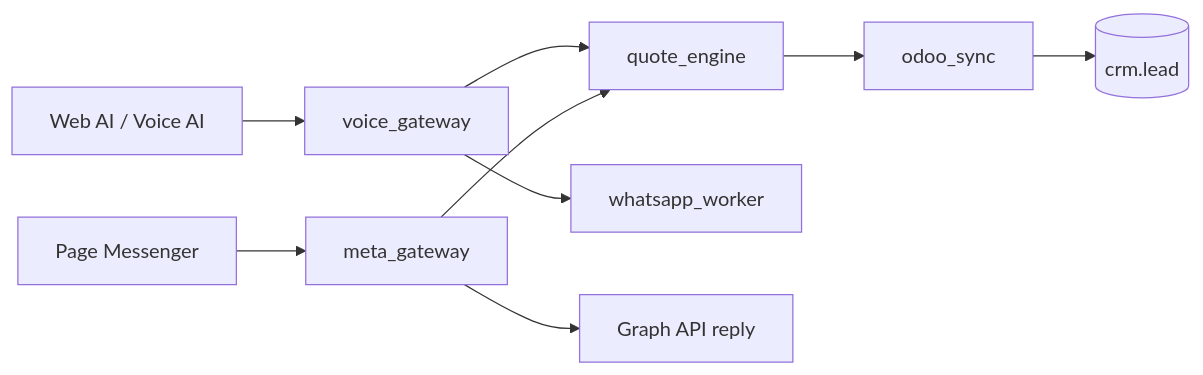
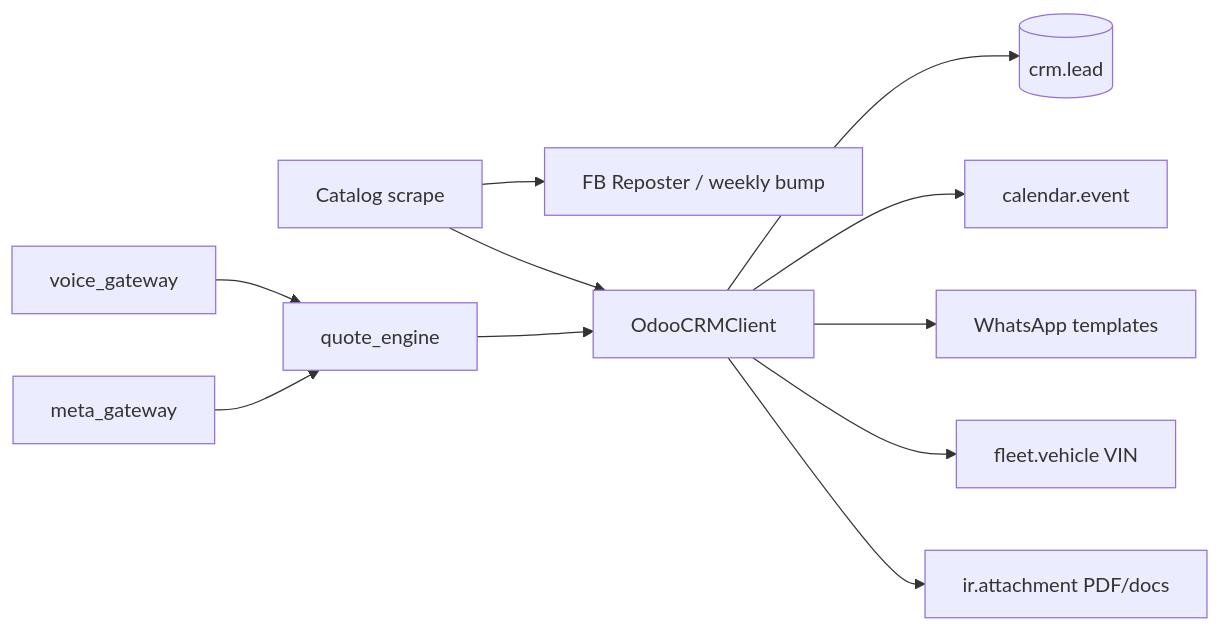
One commit to mg22mex/auto-upload changed diagram 11 of 11 in docs/PROJECT_GUIDE.md. Above: the diagram before and after it, drawn with Mermaid. The commit also changed other lines of this file and 16 other files, not shown here.

Commit message:
feat: Implement modular Odoo sync (WhatsApp, Fleet VIN, Documents) and update pipeline docs

````diff
--- a/docs/PROJECT_GUIDE.md
+++ b/docs/PROJECT_GUIDE.md
@@ -484,21 +495,25 @@
 ```mermaid
 flowchart LR
-    WEB[Web AI / Voice AI]
-    MSG[Page Messenger]
+    FB[FB Reposter / weekly bump]
+    CAT[Catalog scrape]
     VG[voice_gateway]
-    MG[meta_gateway]
     QE[quote_engine]
-    ODOO[odoo_sync]
+    OC[OdooCRMClient]
     LEAD[(crm.lead)]
-    WA[whatsapp_worker]
-    GRAPH[Graph API reply]
+    CAL[calendar.event]
+    WA[WhatsApp templates]
+    FLEET[fleet.vehicle VIN]
+    DOC[ir.attachment PDF/docs]
+    MSG[meta_gateway]
 
-    WEB --> VG
+    CAT --> FB
+    CAT --> OC
     VG --> QE
-    MSG --> MG
-    MG --> QE
-    QE --> ODOO
-    ODOO --> LEAD
-    VG --> WA
-    MG --> GRAPH
+    MSG --> QE
+    QE --> OC
+    OC --> LEAD
+    OC --> CAL
+    OC --> WA
+    OC --> FLEET
+    OC --> DOC
 ```
````
